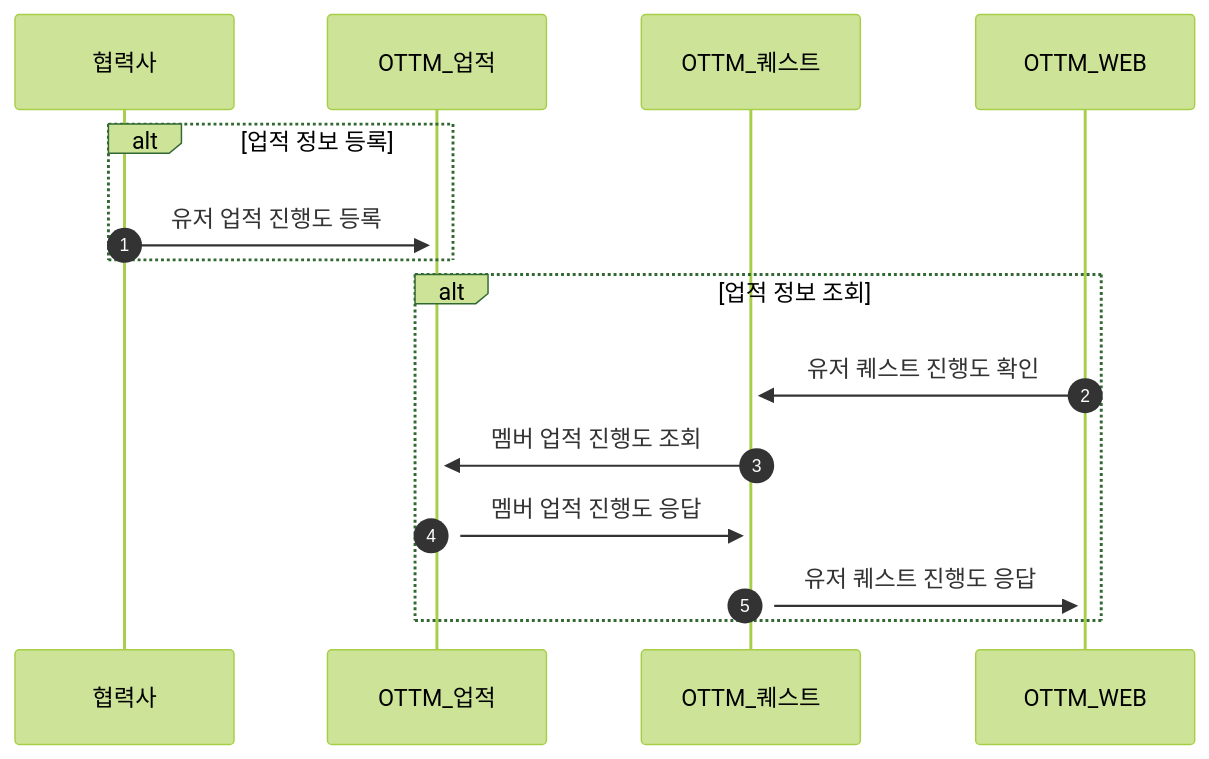
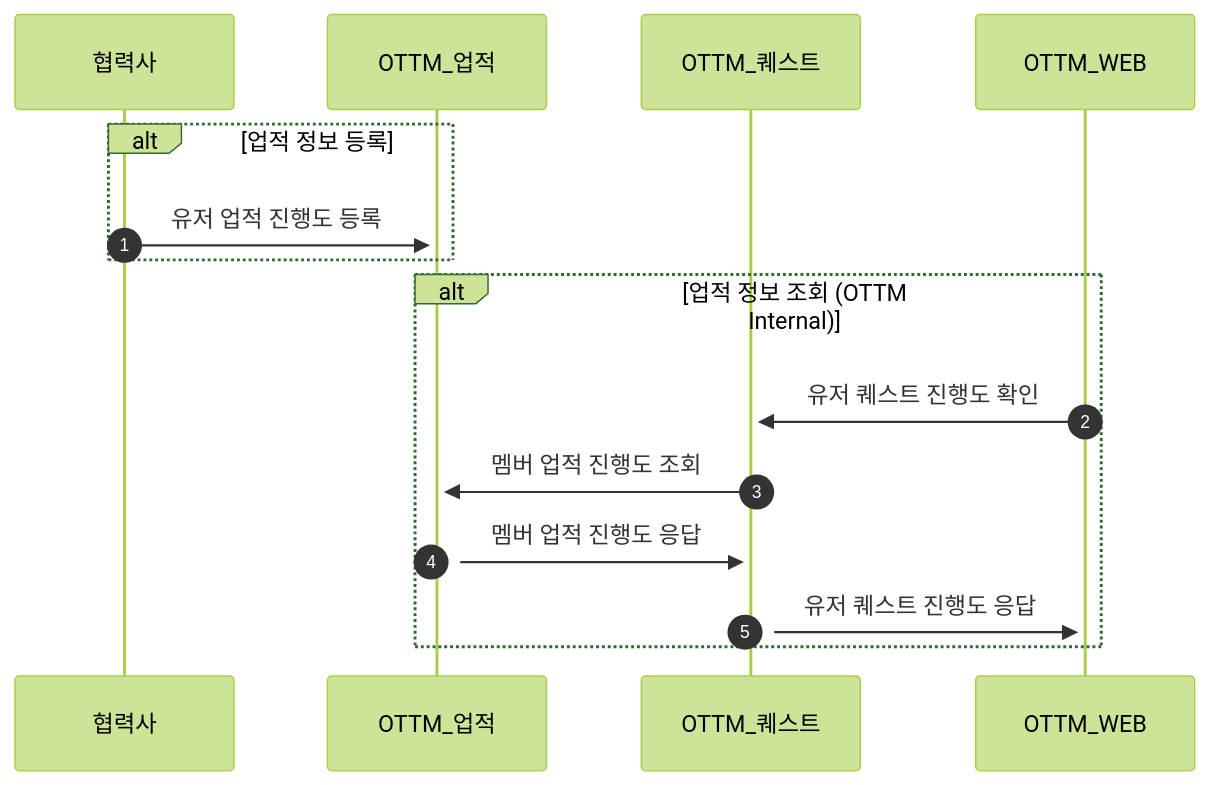
One commit to ottm-labs/ottm-labs.github.io changed the diagram in Overtake/topics/업적-정보-연동-Achievement.md. Above: the diagram before and after it, drawn with Mermaid (forest theme). The commit also changed other lines of this file, not shown here.

Commit message:
achievement swagger 추가

````diff
--- a/Overtake/topics/업적-정보-연동-Achievement.md
+++ b/Overtake/topics/업적-정보-연동-Achievement.md
@@ -11,20 +11,20 @@
 ```mermaid
 sequenceDiagram
 autonumber
 participant partner as 협력사
 participant ottm_achievement as OTTM_업적
 participant ottm_quest as OTTM_퀘스트
 participant ottm_web as OTTM_WEB
 
 alt 업적 정보 등록
 partner ->> +ottm_achievement: 유저 업적 진행도 등록
 end
 
-alt 업적 정보 조회
+alt 업적 정보 조회 (OTTM Internal)
 ottm_web ->> +ottm_quest: 유저 퀘스트 진행도 확인
 ottm_quest ->> +ottm_achievement: 멤버 업적 진행도 조회
 ottm_achievement ->> +ottm_quest: 멤버 업적 진행도  응답
 ottm_quest ->> +ottm_web: 유저 퀘스트 진행도 응답
 end
 
 ```
````
